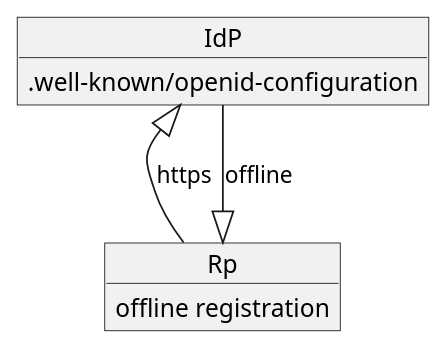
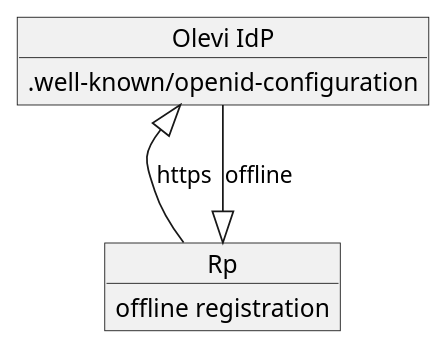
Before and after one commit to Olevi-id/ip-idp-documentation: the diagram in src/uml/idp-metadata-exchange.wsd, drawn with PlantUML. The commit also changed 7 other files, not shown here.

Commit message:
Update names in diagrams

```diff
--- a/src/uml/idp-metadata-exchange.wsd
+++ b/src/uml/idp-metadata-exchange.wsd
@@ -1,11 +1,11 @@
 @startuml idp-metadata-exchange
 
-object IdP
+object "Olevi IdP" as IdP
    IdP : .well-known/openid-configuration
 object Rp
    Rp : offline registration
 
 IdP <|-- Rp : https
 Rp <|-- IdP : offline
 
 @enduml
```
